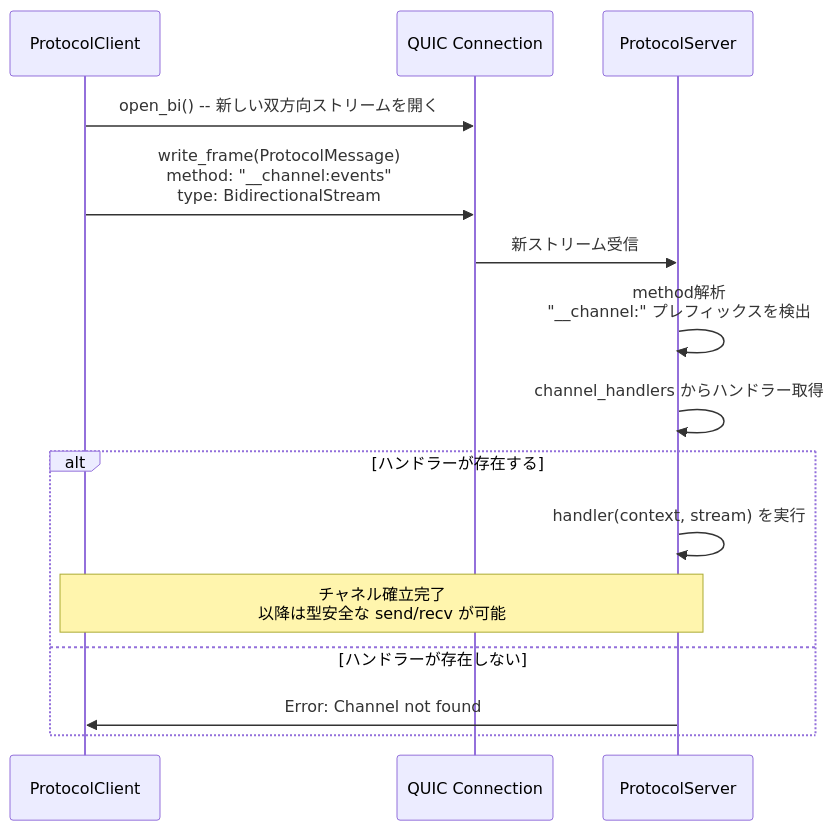
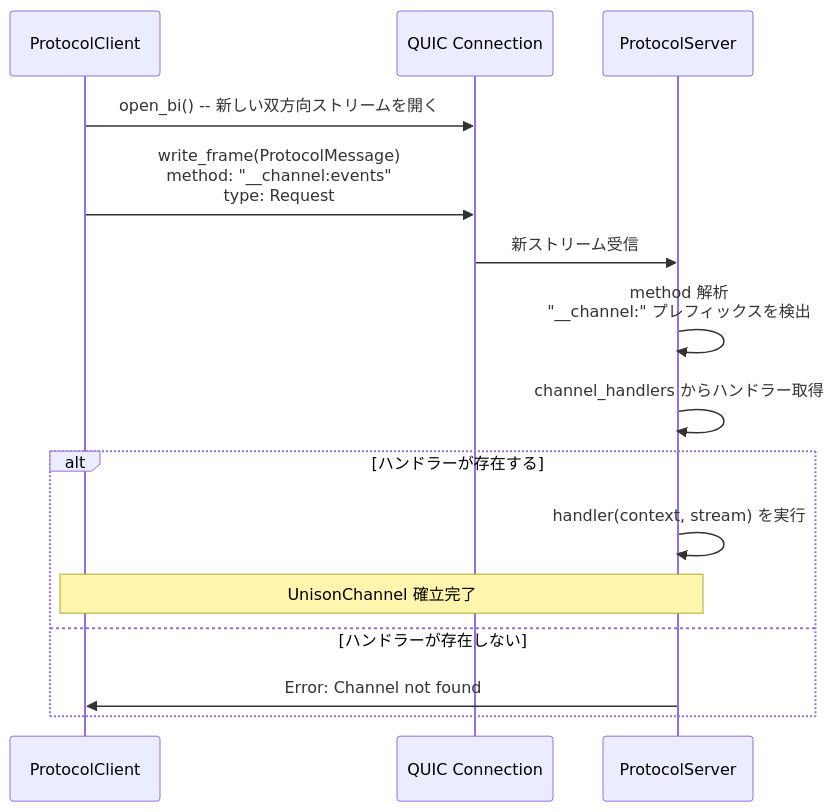
The sixth of 8 diagrams in spec/03-stream-channels/SPEC.md (chronista-club/unison), drawn with Mermaid before and after one commit. The commit also changed other lines of this file and 33 other files, not shown here.

````diff
--- a/spec/03-stream-channels/SPEC.md
+++ b/spec/03-stream-channels/SPEC.md
@@ -457,20 +438,20 @@
 ```mermaid
 sequenceDiagram
     participant Client as ProtocolClient
     participant QUIC as QUIC Connection
     participant Server as ProtocolServer
 
     Client->>QUIC: open_bi() -- 新しい双方向ストリームを開く
-    Client->>QUIC: write_frame(ProtocolMessage)<br/>method: "__channel:events"<br/>type: BidirectionalStream
+    Client->>QUIC: write_frame(ProtocolMessage)<br/>method: "__channel:events"<br/>type: Request
 
     QUIC->>Server: 新ストリーム受信
-    Server->>Server: method解析<br/>"__channel:" プレフィックスを検出
+    Server->>Server: method 解析<br/>"__channel:" プレフィックスを検出
     Server->>Server: channel_handlers からハンドラー取得
 
     alt ハンドラーが存在する
         Server->>Server: handler(context, stream) を実行
-        Note over Client,Server: チャネル確立完了<br/>以降は型安全な send/recv が可能
+        Note over Client,Server: UnisonChannel 確立完了
     else ハンドラーが存在しない
         Server->>Client: Error: Channel not found
     end
 ```
````
